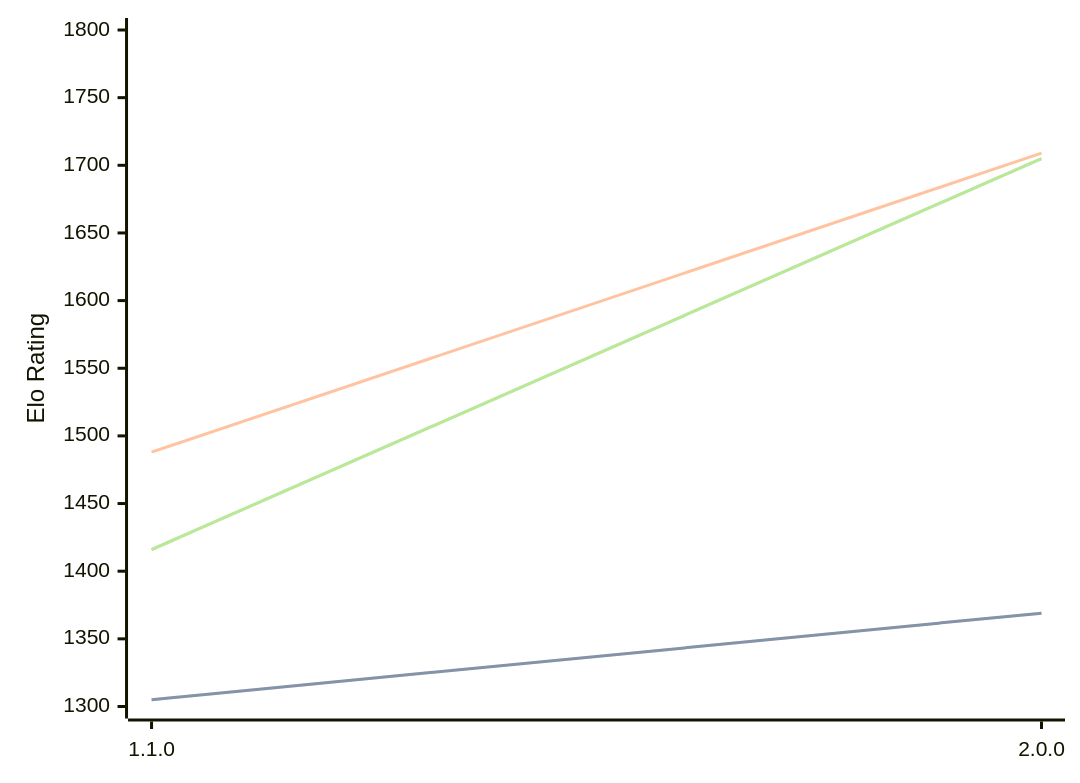
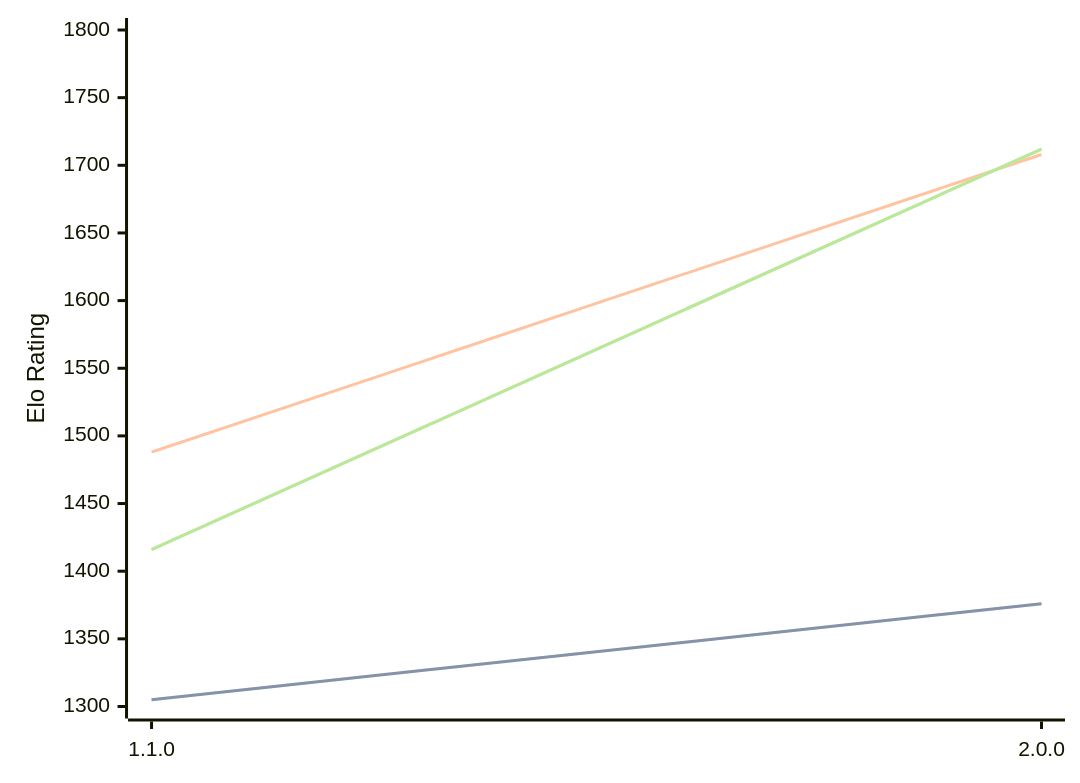
The diagram in engines/Laura.md (computer-chess-index/cci), drawn with Mermaid before and after one commit. The commit also changed other lines of this file, not shown here.

Commit message:
Update CCI Ratings (ELO VLTC) - 2026-04-28

````diff
--- a/engines/Laura.md
+++ b/engines/Laura.md
@@ -33,11 +33,11 @@
 ```mermaid
 %%{init: {"theme":"base","themeVariables":{"seriesColors:['#a3a3a3','#222221','#faa371']}}}%%
 xychart-beta
   x-axis ["1.1.0", "2.0.0"]
   y-axis "Elo Rating" 1300 --> 1800
-  line "STC (8.0+0.08s)" [1305, 1369]
-  line "STC (8.0+0.08s)" [1305, 1369]
-  line "LTC (60.0+0.60s)" [1488, 1709]
-  line "VLTC (2m24s+1.12s)" [1416, 1705]
-  line "VLTC (2m24s+1.12s)" [1416, 1705]
+  line "STC (8.0+0.08s)" [1305, 1376]
+  line "STC (8.0+0.08s)" [1305, 1376]
+  line "LTC (60.0+0.60s)" [1488, 1708]
+  line "VLTC (2m24s+1.12s)" [1416, 1712]
+  line "VLTC (2m24s+1.12s)" [1416, 1712]
 ```
````
